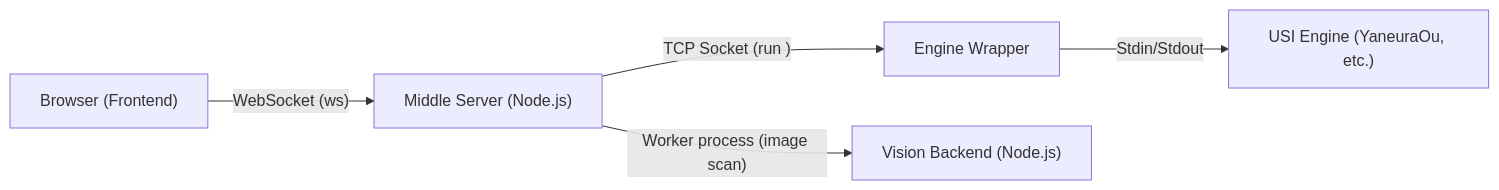
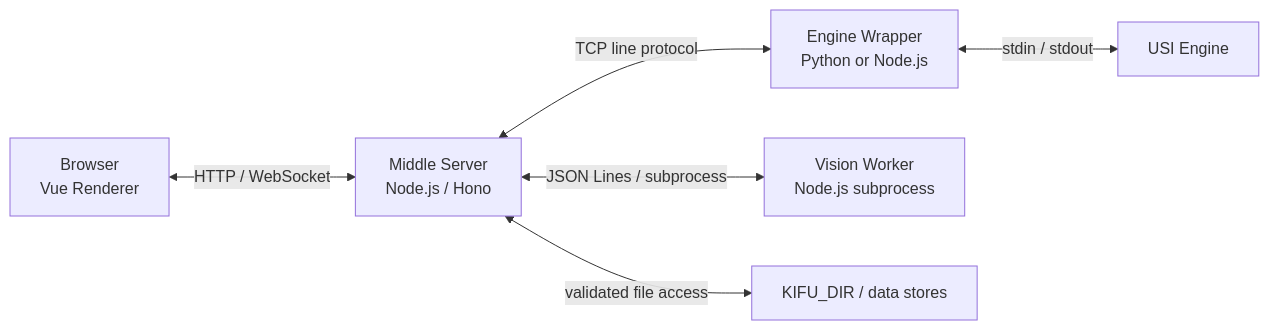
One commit to yoset77/shogihome-lab changed the first of 2 diagrams in ARCHITECTURE.md. Above: the diagram before and after it, drawn with Mermaid. The commit also changed other lines of this file and 6 other files, not shown here.

First line of the commit message:
docs: restructure agent and architecture documents

````diff
--- a/ARCHITECTURE.md
+++ b/ARCHITECTURE.md
@@ -9,7 +34,15 @@
 ```mermaid
-graph LR
-    A["Browser (Frontend)"] -- "WebSocket (ws)" --> B["Middle Server (Node.js)"]
-    B -- "TCP Socket (run <id>)" --> C["Engine Wrapper"]
-    C -- "Stdin/Stdout" --> D["USI Engine (YaneuraOu, etc.)"]
-    B -- "Worker process (image scan)" --> E["Vision Backend (Node.js)"]
+flowchart LR
+    Browser["Browser<br/>Vue Renderer"]
+    Server["Middle Server<br/>Node.js / Hono"]
+    Wrapper["Engine Wrapper<br/>Python or Node.js"]
+    Engine["USI Engine"]
+    Vision["Vision Worker<br/>Node.js subprocess"]
+    Files["KIFU_DIR / data stores"]
+
+    Browser <-->|"HTTP / WebSocket"| Server
+    Server <-->|"TCP line protocol"| Wrapper
+    Wrapper <-->|"stdin / stdout"| Engine
+    Server <-->|"JSON Lines / subprocess"| Vision
+    Server <-->|"validated file access"| Files
 ```
````
